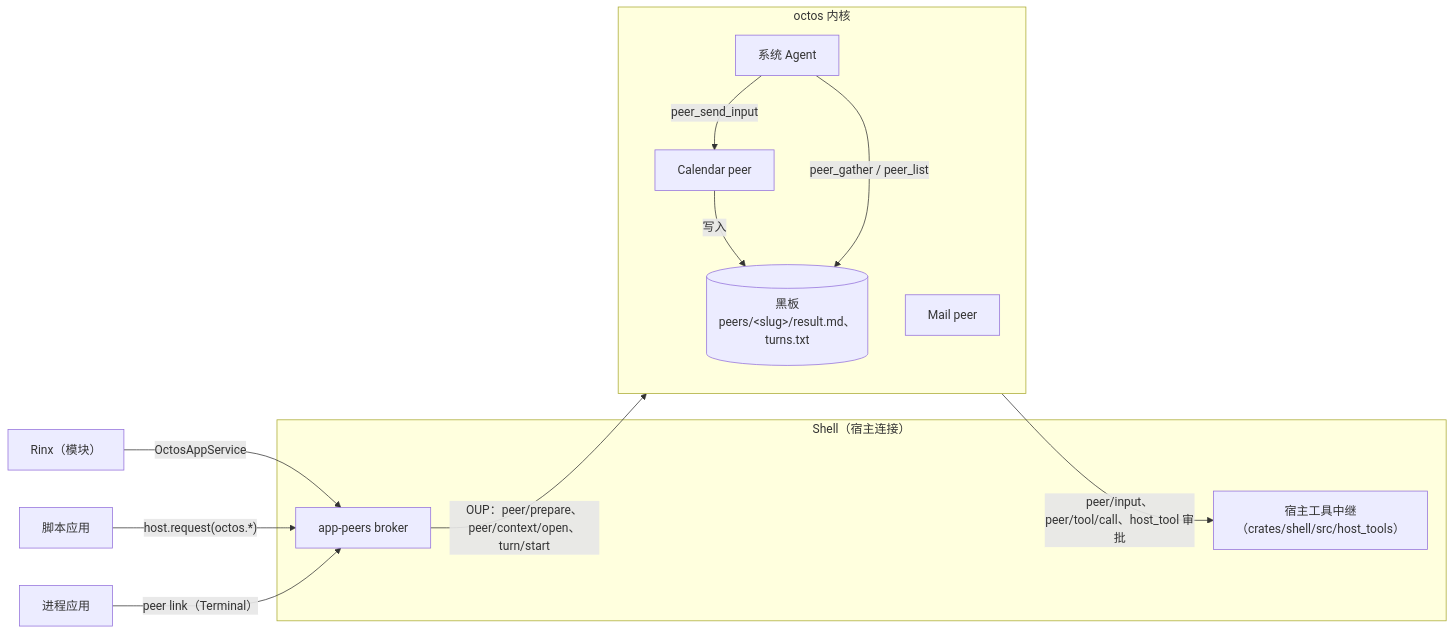
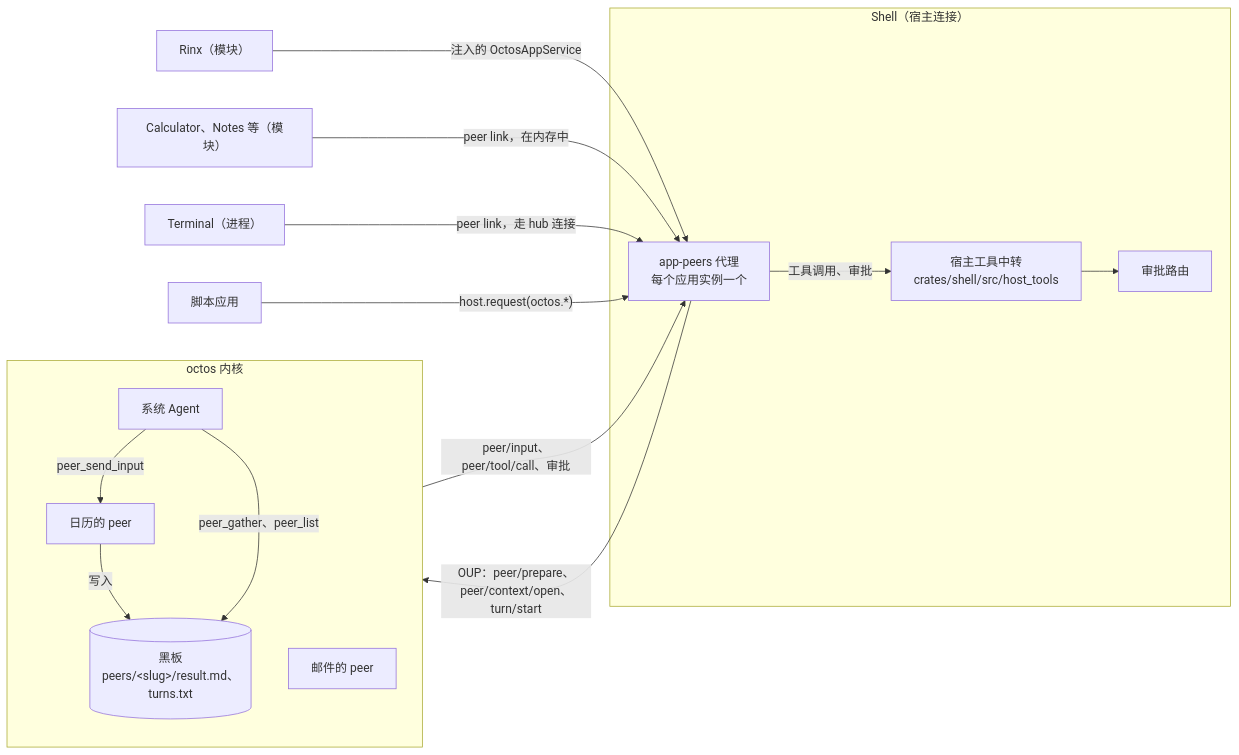
One commit to OctoSense-org/OctoSense changed the third of 5 diagrams in docs/architecture.zh-CN.md. Above: the diagram before and after it, drawn with Mermaid. The commit also changed other lines of this file and 12 other files, not shown here.

````diff
--- a/docs/architecture.zh-CN.md
+++ b/docs/architecture.zh-CN.md
@@ -203,21 +196,25 @@
 ```mermaid
 flowchart LR
   subgraph shell["Shell（宿主连接）"]
-    broker["app-peers broker"]
-    relay["宿主工具中继<br/>（crates/shell/src/host_tools）"]
+    broker["app-peers 代理<br/>每个应用实例一个"]
+    relay["宿主工具中转<br/>crates/shell/src/host_tools"]
+    router["审批路由"]
   end
   subgraph kernel["octos 内核"]
     sys["系统 Agent"]
-    p1["Calendar peer"]
-    p2["Mail peer"]
+    p1["日历的 peer"]
+    p2["邮件的 peer"]
     bb[("黑板<br/>peers/&lt;slug&gt;/result.md、turns.txt")]
   end
-  rinx["Rinx（模块）"] -- "OctosAppService" --> broker
+  rinx["Rinx（模块）"] -- "注入的 OctosAppService" --> broker
+  mods["Calculator、Notes 等（模块）"] -- "peer link，在内存中" --> broker
+  proc["Terminal（进程）"] -- "peer link，走 hub 连接" --> broker
   card["脚本应用"] -- "host.request(octos.*)" --> broker
-  proc["进程应用"] -- "peer link（Terminal）" --> broker
   broker -- "OUP：peer/prepare、peer/context/open、turn/start" --> kernel
   sys -- "peer_send_input" --> p1
+  kernel -- "peer/input、peer/tool/call、审批" --> broker
+  broker -- "工具调用、审批" --> relay
+  relay --> router
   p1 -- "写入" --> bb
-  sys -- "peer_gather / peer_list" --> bb
-  kernel -- "peer/input、peer/tool/call、host_tool 审批" --> relay
+  sys -- "peer_gather、peer_list" --> bb
 ```
````
